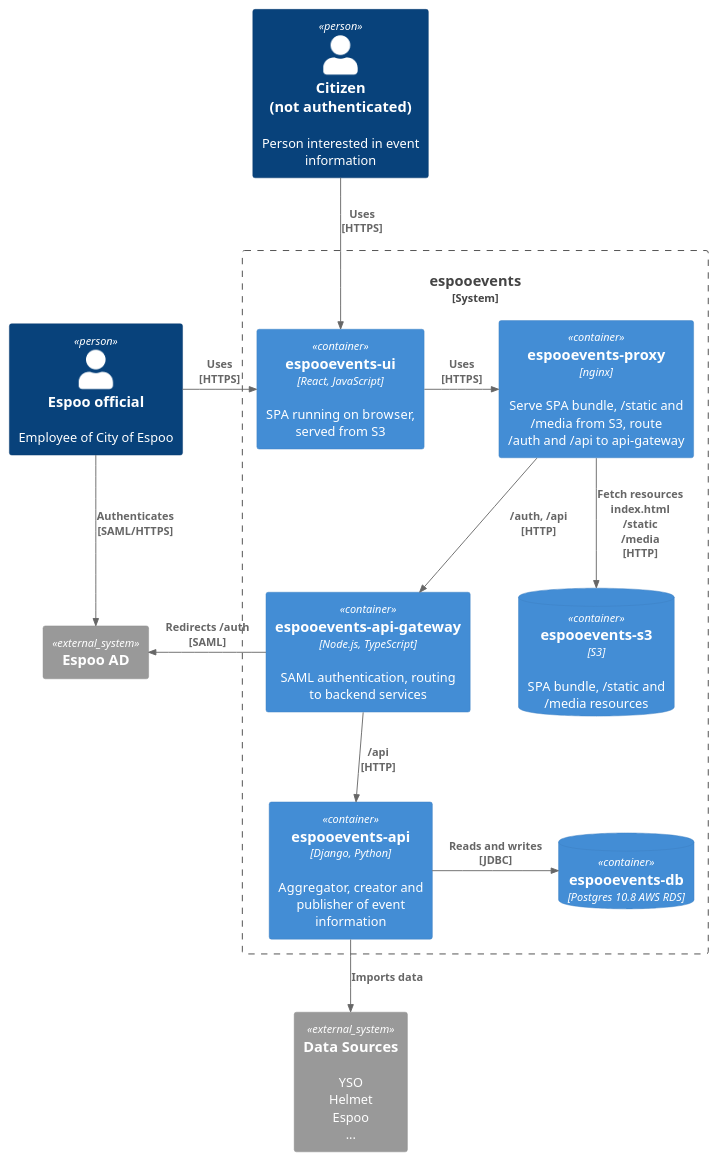
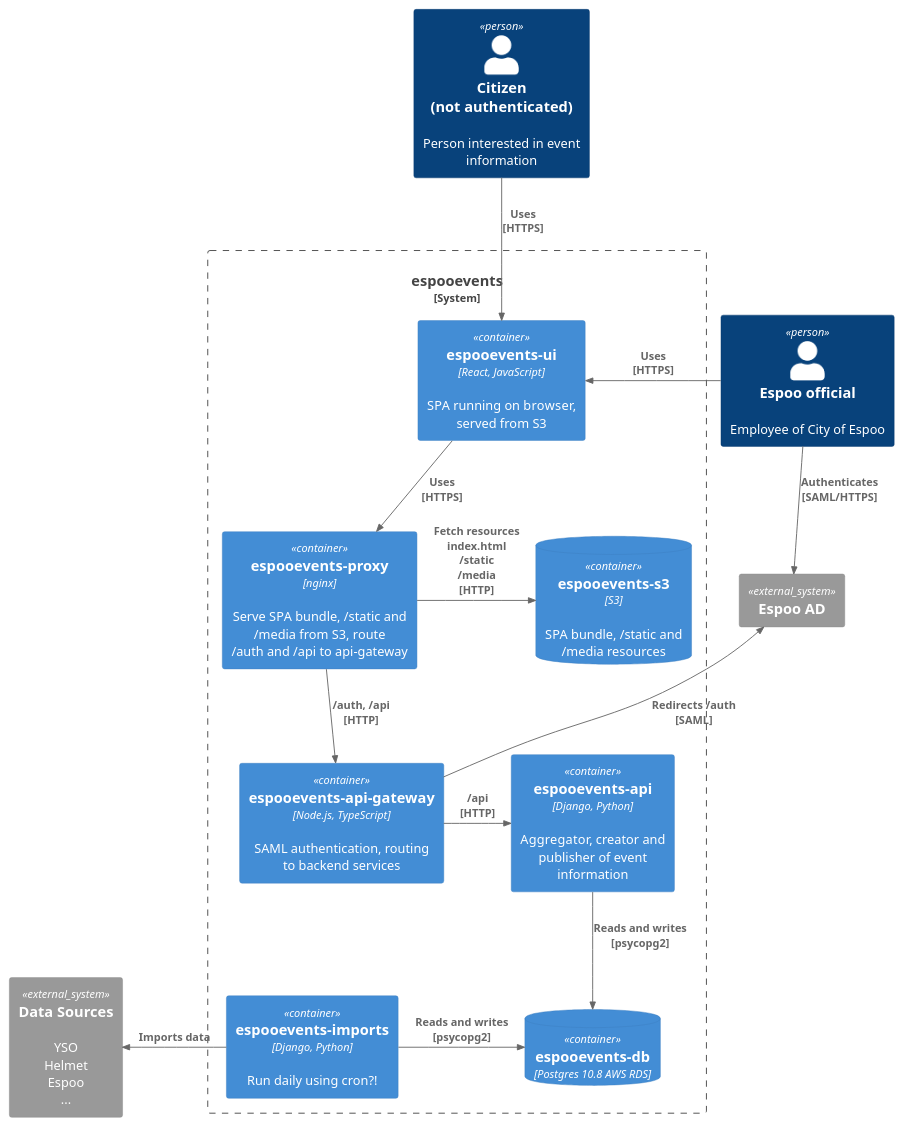
One commit to istonikula/linkedevents changed the diagram in assets/puml/espooevents-container.puml. Above: the diagram before and after it, drawn with PlantUML.

Commit message:
docs(c4): add imports to espooevents

```diff
--- a/assets/puml/espooevents-container.puml
+++ b/assets/puml/espooevents-container.puml
@@ -1,38 +1,40 @@
 @startuml espooevents-container
 !includeurl https://raw.githubusercontent.com/RicardoNiepel/C4-PlantUML/master/C4_Container.puml
 
 Person(citizen, "Citizen\n(not authenticated)", "Person interested in event information")
 Person(admin, "Espoo official", "Employee of City of Espoo")
 
 System_Boundary(espooevents, "espooevents") {
   Container(espooevents_ui, "espooevents-ui", "React, JavaScript", "SPA running on browser, served from S3")
 
   Container(espooevents_proxy, "espooevents-proxy", "nginx", "Serve SPA bundle, /static and /media from S3, route\n/auth and /api to api-gateway")
   Container(espooevents_apigw, "espooevents-api-gateway", "Node.js, TypeScript", "SAML authentication, routing to backend services")
 
   ContainerDb(espooevents_s3, "espooevents-s3", "S3", "SPA bundle, /static and\n/media resources")
 
   Container(espooevents_api, "espooevents-api", "Django, Python", "Aggregator, creator and publisher of event information")
   ContainerDb(espooevents_db, "espooevents-db", "Postgres 10.8 AWS RDS")
+  Container(espooevents_imports, "espooevents-imports", "Django, Python", "Run daily using cron?!")
 }
 
 System_Ext(data_sources, "Data Sources", "YSO\nHelmet\nEspoo\n...")
 System_Ext(espooad, "Espoo AD")
 
 Rel(citizen, espooevents_ui, "Uses\n[HTTPS]")
 
 Rel_R(admin, espooevents_ui, "Uses\n[HTTPS]")
 
-Rel_R(espooevents_ui, espooevents_proxy, "Uses\n[HTTPS]")
-Rel(espooevents_proxy, espooevents_s3, "Fetch resources\nindex.html\n/static\n/media\n[HTTP]")
+Rel_D(espooevents_ui, espooevents_proxy, "Uses\n[HTTPS]")
+Rel_R(espooevents_proxy, espooevents_s3, "Fetch resources\nindex.html\n/static\n/media\n[HTTP]")
 Rel(espooevents_proxy, espooevents_apigw, "/auth, /api\n[HTTP]")
-Rel(espooevents_apigw, espooevents_api, "/api\n[HTTP]")
-Rel_R(espooevents_api, espooevents_db, "Reads and writes\n[JDBC]")
+Rel_R(espooevents_apigw, espooevents_api, "/api\n[HTTP]")
+Rel_D(espooevents_api, espooevents_db, "Reads and writes\n[psycopg2]")
 
 Rel_L(espooevents_apigw, espooad, "Redirects /auth\n[SAML]")
 
-Rel(espooevents_api, data_sources, "Imports data")
+Rel_R(espooevents_imports, espooevents_db, "Reads and writes\n[psycopg2]")
+Rel_L(espooevents_imports, data_sources, "Imports data")
 
 Rel(admin, espooad, "Authenticates\n[SAML/HTTPS]")
 
 @enduml
```
